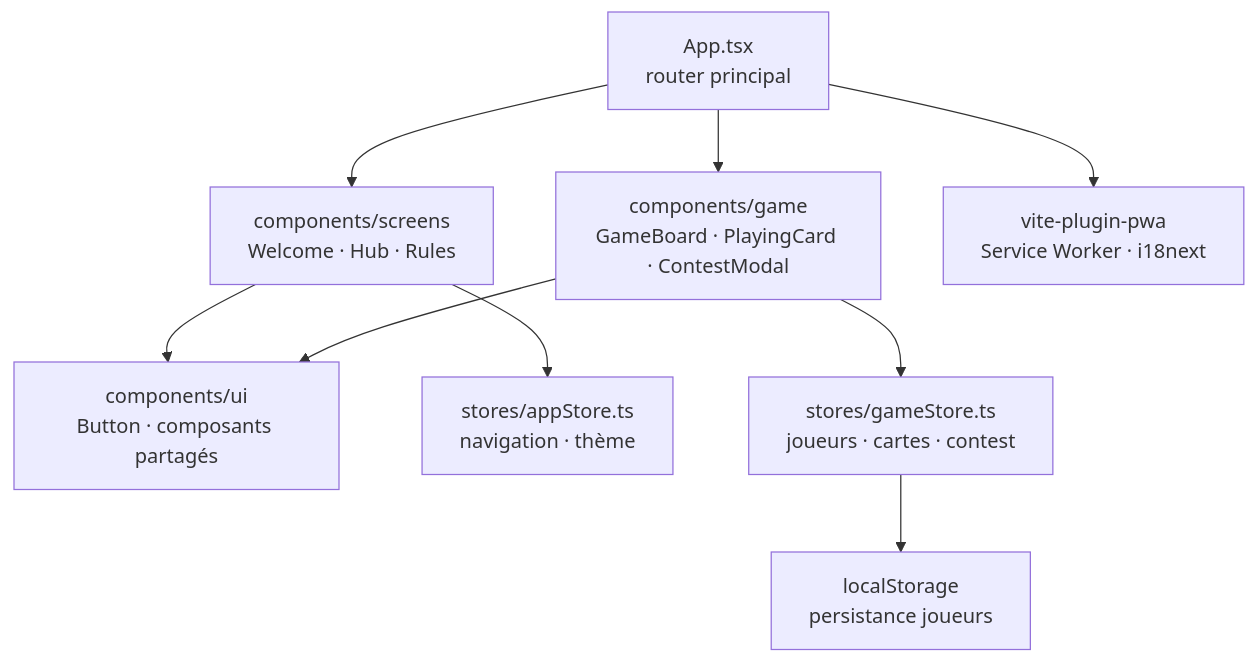
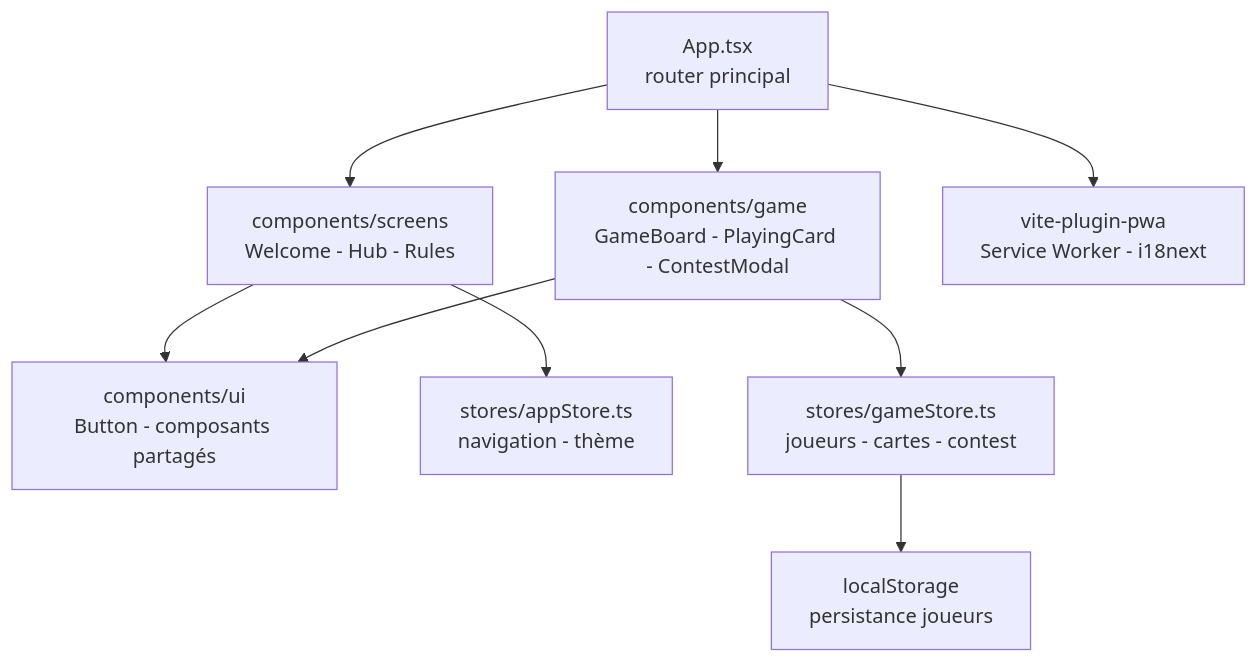
The diagram in README.md (Adam-Blf/bacchana), drawn with Mermaid before and after one commit. The commit also changed other lines of this file, not shown here.

Commit message:
docs: typography pass, no em dash or middle dot (#1)

````diff
--- a/README.md
+++ b/README.md
@@ -130,19 +130,19 @@
 ```mermaid
 flowchart TB
     APP["App.tsx<br/>router principal"]
-    SCREENS["components/screens<br/>Welcome · Hub · Rules"]
-    GAME["components/game<br/>GameBoard · PlayingCard · ContestModal"]
-    UI["components/ui<br/>Button · composants partagés"]
-    APPSTORE["stores/appStore.ts<br/>navigation · thème"]
-    GAMESTORE["stores/gameStore.ts<br/>joueurs · cartes · contest"]
+    SCREENS["components/screens<br/>Welcome - Hub - Rules"]
+    GAME["components/game<br/>GameBoard - PlayingCard - ContestModal"]
+    UI["components/ui<br/>Button - composants partagés"]
+    APPSTORE["stores/appStore.ts<br/>navigation - thème"]
+    GAMESTORE["stores/gameStore.ts<br/>joueurs - cartes - contest"]
     LS["localStorage<br/>persistance joueurs"]
-    PWA["vite-plugin-pwa<br/>Service Worker · i18next"]
+    PWA["vite-plugin-pwa<br/>Service Worker - i18next"]
     APP --> SCREENS
     APP --> GAME
     SCREENS --> UI
     GAME --> UI
     SCREENS --> APPSTORE
     GAME --> GAMESTORE
     GAMESTORE --> LS
     APP --> PWA
 ```
````
